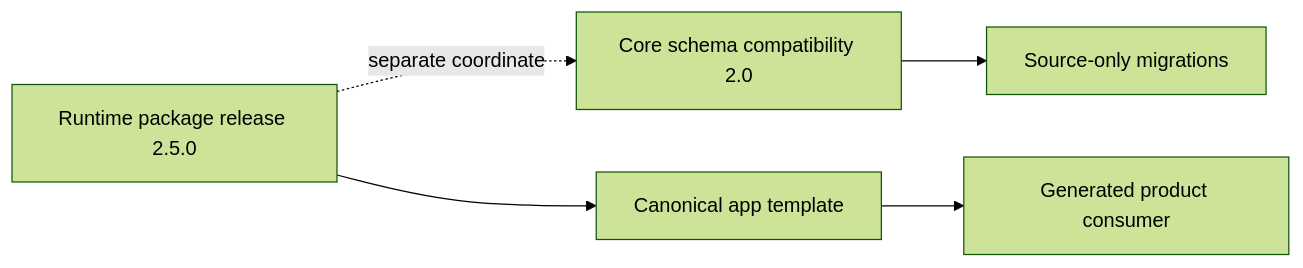
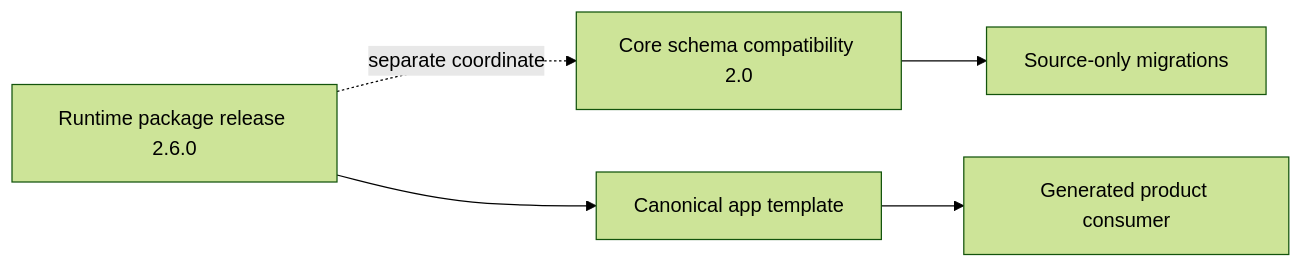
One commit to SapienXai/saas-core changed the first of 2 diagrams in docs/START-HERE.md. Above: the diagram before and after it, drawn with Mermaid (forest theme). The commit also changed other lines of this file and 26 other files, not shown here.

Commit message:
chore(release): prepare SaaS Core 2.6.0

````diff
--- a/docs/START-HERE.md
+++ b/docs/START-HERE.md
@@ -17,7 +17,7 @@
 ```mermaid
 flowchart LR
-  Release[Runtime package release 2.5.0] -. separate coordinate .-> Schema[Core schema compatibility 2.0]
+  Release[Runtime package release 2.6.0] -. separate coordinate .-> Schema[Core schema compatibility 2.0]
   Schema --> Source[Source-only migrations]
   Release --> Template[Canonical app template]
   Template --> Consumer[Generated product consumer]
 ```
````
